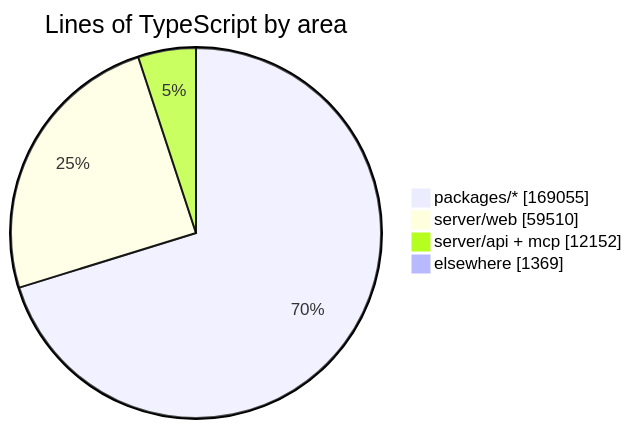
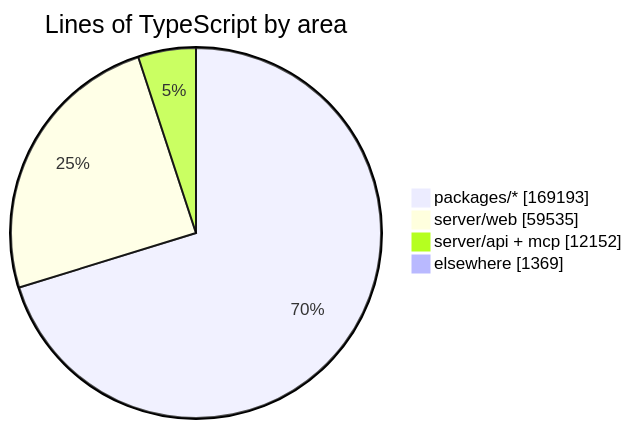
One commit to crossworks-engineering/mantle changed the diagram in README.md. Above: the diagram before and after it, drawn with Mermaid. The commit also changed other lines of this file and 2 other files, not shown here.

````diff
--- a/README.md
+++ b/README.md
@@ -279,7 +279,7 @@
 ```mermaid
 pie showData title Lines of TypeScript by area
-    "packages/*" : 169055
-    "server/web" : 59510
+    "packages/*" : 169193
+    "server/web" : 59535
     "server/api + mcp" : 12152
     "elsewhere" : 1369
 ```
````
